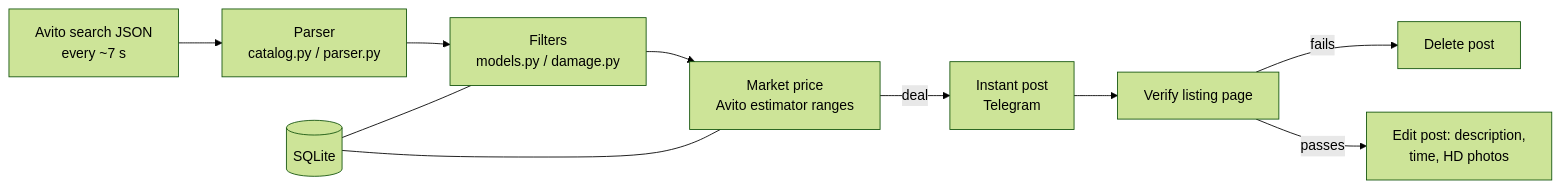
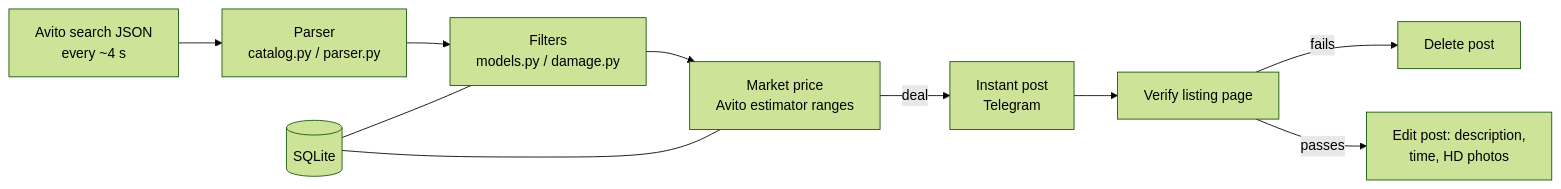
The diagram in README.md (Njvu/avito-iphone-bot), drawn with Mermaid (forest theme) before and after one commit. The commit also changed other lines of this file and 15 other files, not shown here.

````diff
--- a/README.md
+++ b/README.md
@@ -106,12 +106,12 @@
 ```mermaid
 flowchart LR
-    A[Avito search JSON<br/>every ~7 s] --> P[Parser<br/>catalog.py / parser.py]
+    A[Avito search JSON<br/>every ~4 s] --> P[Parser<br/>catalog.py / parser.py]
     P --> F[Filters<br/>models.py / damage.py]
     F --> M[Market price<br/>Avito estimator ranges]
     M -->|deal| I[Instant post<br/>Telegram]
     I --> V[Verify listing page]
     V -->|fails| D[Delete post]
     V -->|passes| E[Edit post: description,<br/>time, HD photos]
     S[(SQLite)] --- F
     S --- M
 ```
````
